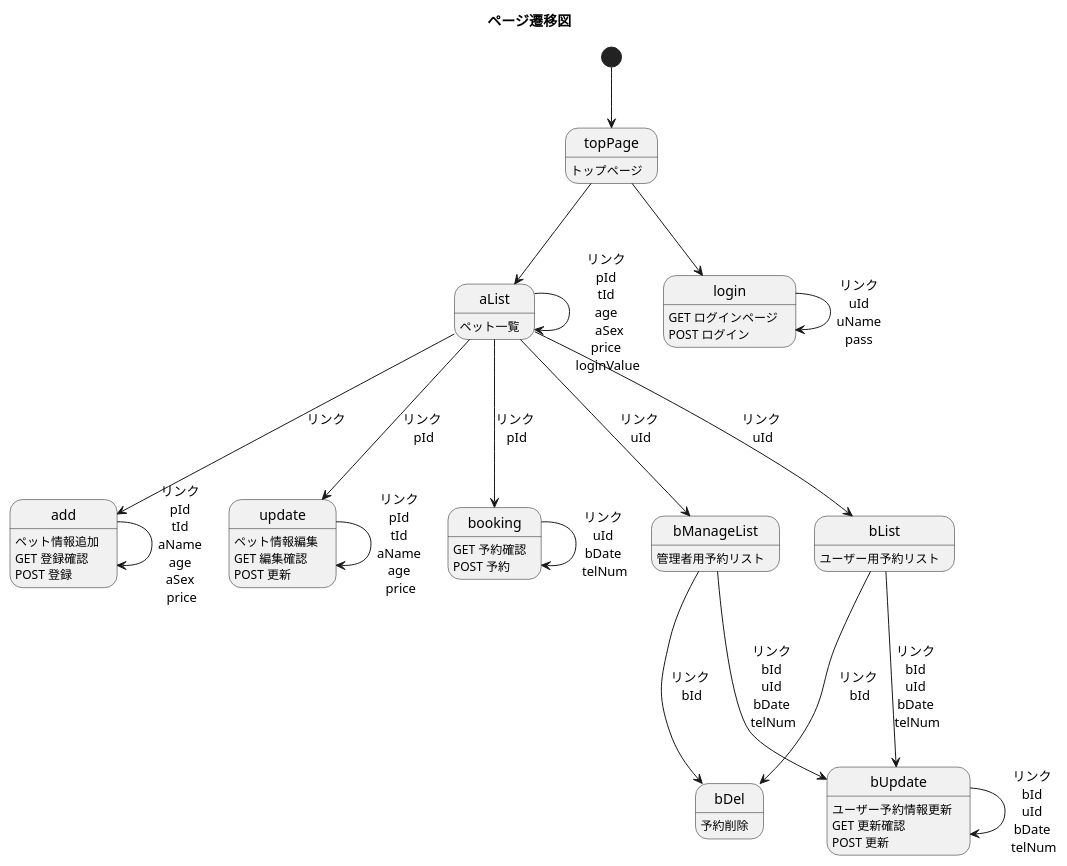
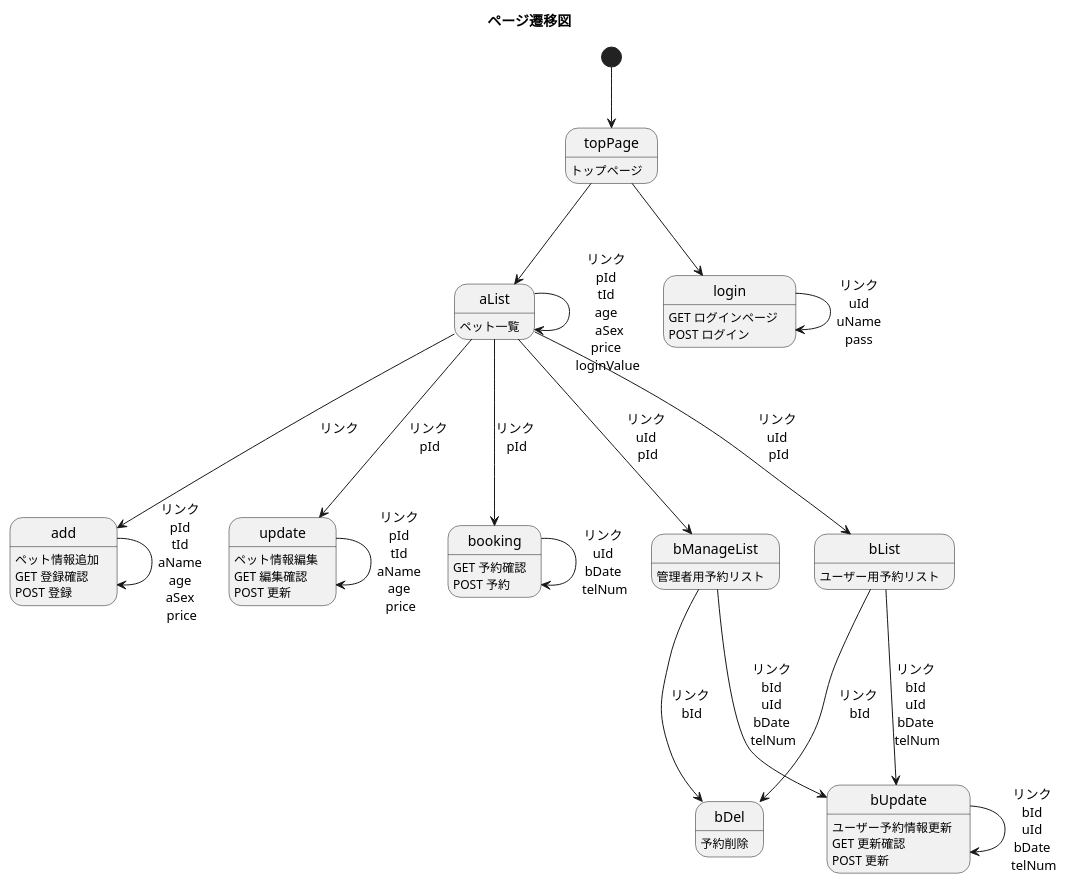
The diagram in UML/screenTransitionDiagram.pu (Tyamanaka07/WebSystem), drawn with PlantUML before and after one commit. The commit also changed 2 other files, not shown here.

```diff
--- a/UML/screenTransitionDiagram.pu
+++ b/UML/screenTransitionDiagram.pu
@@ -1,36 +1,36 @@
 @startuml
 title ページ遷移図
 
 topPage : トップページ
 aList : ペット一覧
 login : GET ログインページ \nPOST ログイン
 add : ペット情報追加 \nGET 登録確認 \nPOST 登録
 update : ペット情報編集 \nGET 編集確認 \nPOST 更新
 booking : GET 予約確認\nPOST 予約
 bDel : 予約削除
 bUpdate : ユーザー予約情報更新 \nGET 更新確認 \nPOST 更新
 bList : ユーザー用予約リスト
 bManageList : 管理者用予約リスト
 
 
 [*] --> topPage
 topPage --> aList
 topPage --> login
 login --> login : リンク\nuId\nuName\npass
 aList --> add : リンク \n
 add --> add : リンク \npId \ntId \naName \nage \naSex \nprice
 aList --> booking : リンク \npId
 booking --> booking : リンク \nuId \nbDate \ntelNum
-aList --> bList : リンク \nuId
+aList --> bList : リンク \nuId \npId
 bList --> bDel : リンク \nbId
-aList --> bManageList : リンク \nuId
+aList --> bManageList : リンク \nuId \npId
 bManageList --> bDel : リンク \nbId
 aList --> aList : リンク \npId \ntId \nage \n aSex\nprice \nloginValue
 aList --> update : リンク \npId
 update --> update : リンク \npId \ntId \naName \nage \nprice
 bList --> bUpdate : リンク \nbId \nuId \nbDate \ntelNum
 bManageList --> bUpdate : リンク \nbId \nuId \nbDate \ntelNum
 bUpdate --> bUpdate : リンク \nbId \nuId \nbDate \ntelNum
 
 
 @enduml
```
